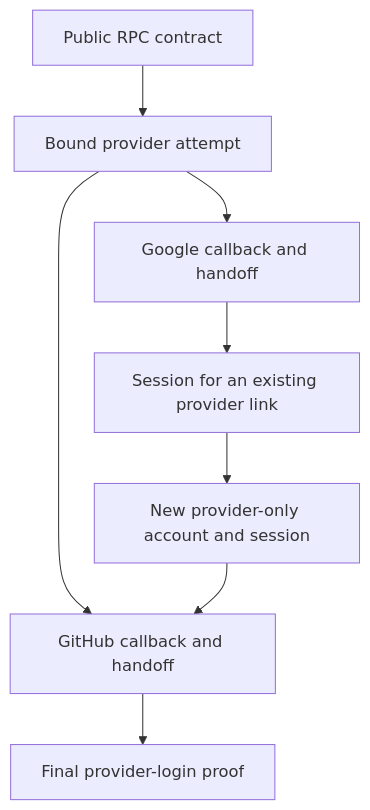
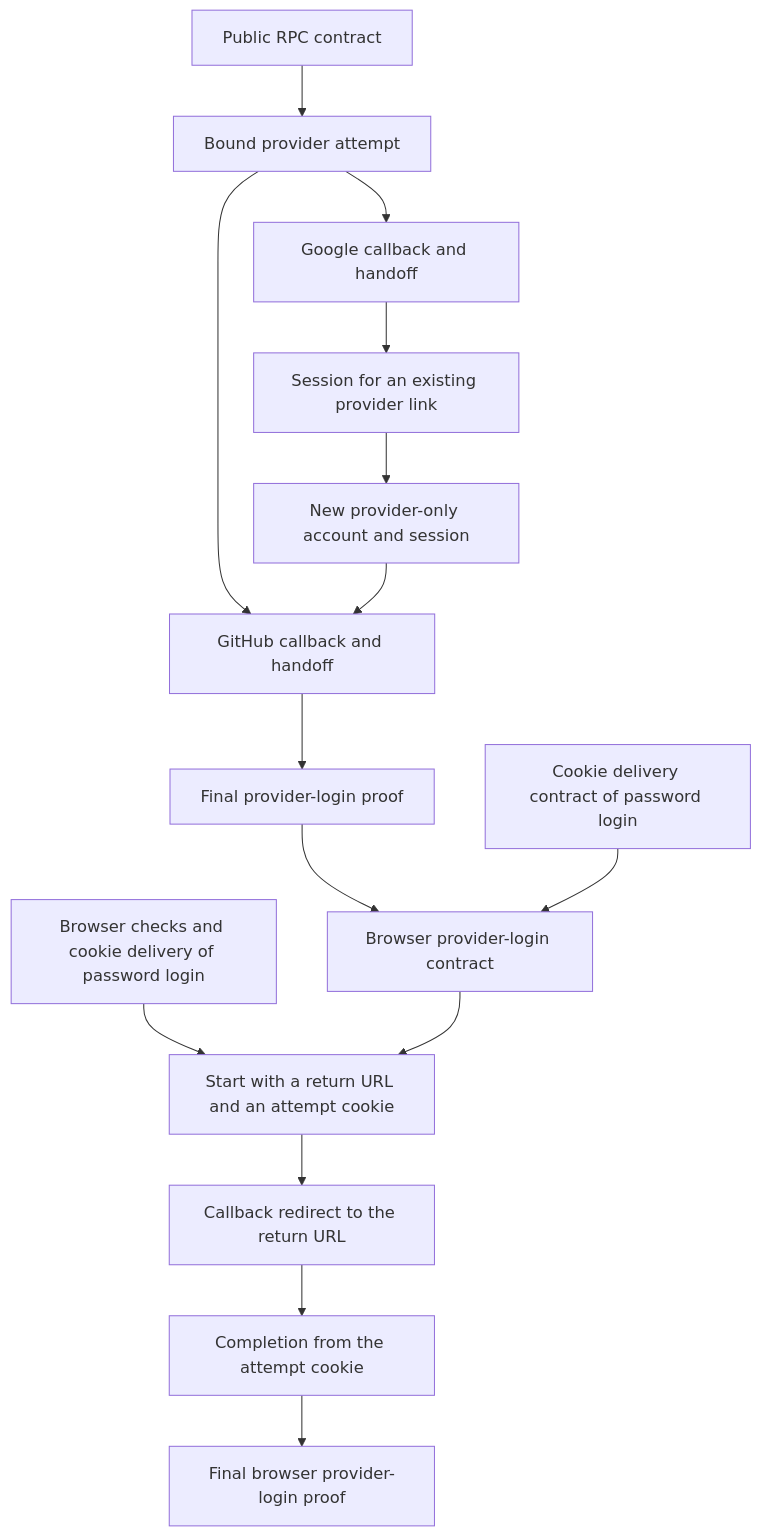
The diagram in tasks/identity-provider-login.md (vasapolrittideah/flowspace-api), drawn with Mermaid before and after one commit. The commit also changed other lines of this file, not shown here.

Commit message:
docs(identity): reapprove identity provider login plan

````diff
--- a/tasks/identity-provider-login.md
+++ b/tasks/identity-provider-login.md
@@ -21,10 +27,17 @@
 ```mermaid
 flowchart TD
     Contract[Public RPC contract] --> Attempt[Bound provider attempt]
     Attempt --> Google[Google callback and handoff]
     Google --> Linked[Session for an existing provider link]
     Linked --> NewAccount[New provider-only account and session]
     Attempt --> GitHub[GitHub callback and handoff]
     NewAccount --> GitHub
     GitHub --> Prove[Final provider-login proof]
+    Prove --> BrowserContract[Browser provider-login contract]
+    SessionContract[Cookie delivery contract of password login] --> BrowserContract
+    SessionCookies[Browser checks and cookie delivery of password login] --> ReturnStart[Start with a return URL and an attempt cookie]
+    BrowserContract --> ReturnStart
+    ReturnStart --> Redirect[Callback redirect to the return URL]
+    Redirect --> CookieComplete[Completion from the attempt cookie]
+    CookieComplete --> BrowserProve[Final browser provider-login proof]
 ```
````
